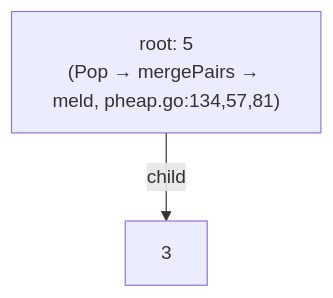
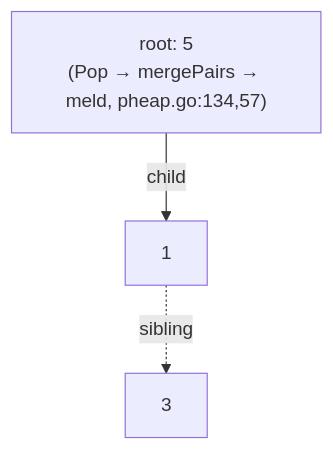
The fourth of 5 diagrams in docs/pheap/01-pairing-heap.md (seercle/egwalker), drawn with Mermaid before and after one commit. The commit also changed other lines of this file, not shown here.

Commit message:
docs: correct pheap push/pop state traces

````diff
--- a/docs/pheap/01-pairing-heap.md
+++ b/docs/pheap/01-pairing-heap.md
@@ -268,5 +271,6 @@
 ```mermaid
 graph TD
-    R["root: 5<br/>(Pop → mergePairs → meld, pheap.go:134,57,81)"]
-    R -->|child| A["3"]
+    R["root: 5<br/>(Pop → mergePairs → meld, pheap.go:134,57)"]
+    R -->|child| A["1"]
+    A -.->|sibling| B["3"]
 ```
````
